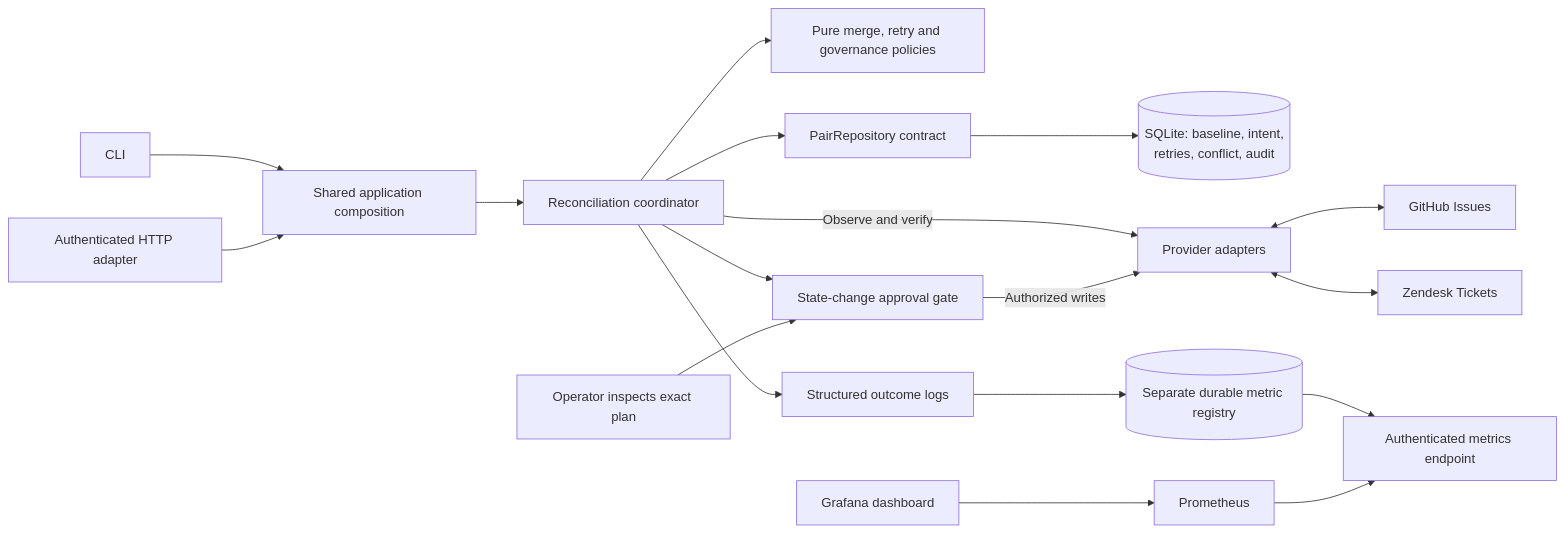
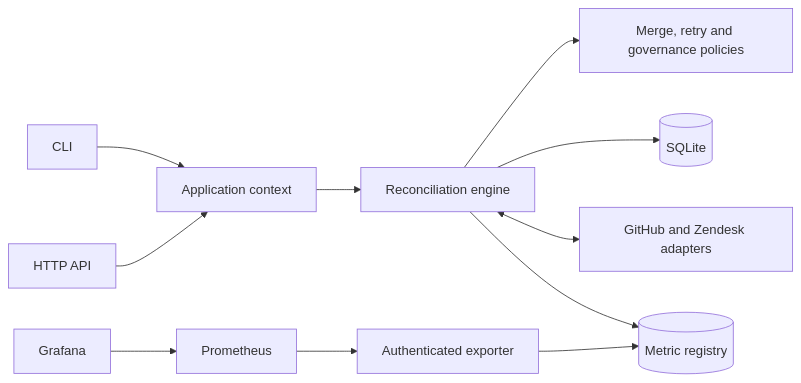
The diagram in README.md (AlbertFlorescu/support-bridge), drawn with Mermaid before and after one commit. The commit also changed other lines of this file and 7 other files, not shown here.

````diff
--- a/README.md
+++ b/README.md
@@ -140,21 +90,13 @@
 ```mermaid
 flowchart LR
-    CLI[CLI] --> Context[Shared application composition]
-    API[Authenticated HTTP adapter] --> Context
-    Context --> Engine[Reconciliation coordinator]
-    Engine --> Policies[Pure merge, retry and governance policies]
-    Engine --> Gate[State-change approval gate]
-    Operator[Operator inspects exact plan] --> Gate
-    Engine --> Repository[PairRepository contract]
-    Repository --> Store[(SQLite: baseline, intent,
-    retries, conflict, audit)]
-    Engine -->|Observe and verify| Providers[Provider adapters]
-    Gate -->|Authorized writes| Providers
-    Providers <--> GitHub[GitHub Issues]
-    Providers <--> Zendesk[Zendesk Tickets]
-    Engine --> Logs[Structured outcome logs]
-    Logs --> Registry[(Separate durable metric registry)]
-    Registry --> Exporter[Authenticated metrics endpoint]
-    Prometheus[Prometheus] --> Exporter
-    Grafana[Grafana dashboard] --> Prometheus
+    CLI[CLI] --> Context[Application context]
+    API[HTTP API] --> Context
+    Context --> Engine[Reconciliation engine]
+    Engine --> Policies[Merge, retry and governance policies]
+    Engine --> Store[(SQLite)]
+    Engine <--> Providers[GitHub and Zendesk adapters]
+    Engine --> Metrics[(Metric registry)]
+    Prometheus --> Exporter[Authenticated exporter]
+    Exporter --> Metrics
+    Grafana --> Prometheus
 ```
````
